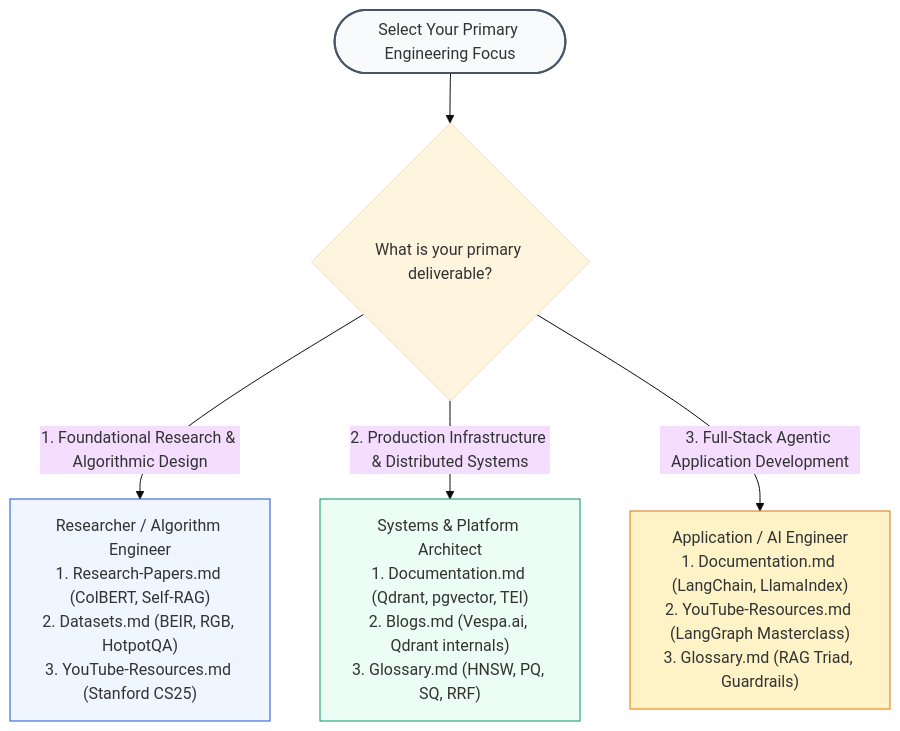
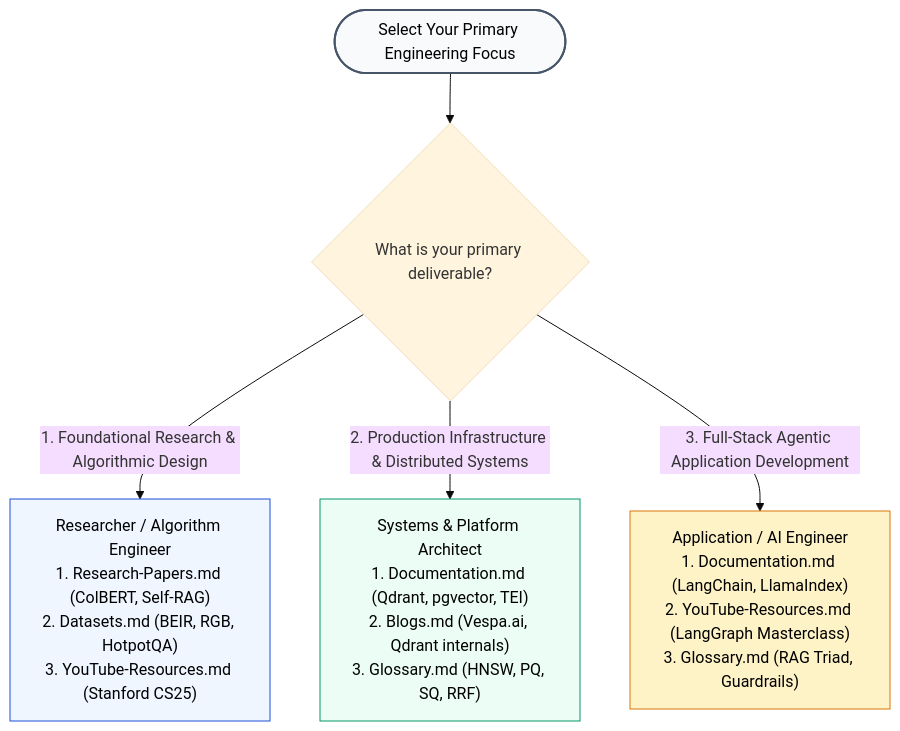
Before and after one commit to swapnil3104/RAG-Engineering: the second of 4 diagrams in 12-Resources/README.md, drawn with Mermaid (base theme). The commit also changed other lines of this file and 108 other files, not shown here.

Commit message:
fix: make chart text visible across all Mermaid diagrams and resolve markdown table formatting issues

````diff
--- a/12-Resources/README.md
+++ b/12-Resources/README.md
@@ -90,15 +90,15 @@
 ```mermaid
 flowchart TD
     Role(["Select Your Primary Engineering Focus"]) --> PathA{"What is your primary deliverable?"}
 
     PathA -->|"1. Foundational Research & Algorithmic Design"| R_Path["Researcher / Algorithm Engineer<br/>1. Research-Papers.md (ColBERT, Self-RAG)<br/>2. Datasets.md (BEIR, RGB, HotpotQA)<br/>3. YouTube-Resources.md (Stanford CS25)"]
 
     PathA -->|"2. Production Infrastructure & Distributed Systems"| S_Path["Systems & Platform Architect<br/>1. Documentation.md (Qdrant, pgvector, TEI)<br/>2. Blogs.md (Vespa.ai, Qdrant internals)<br/>3. Glossary.md (HNSW, PQ, SQ, RRF)"]
 
     PathA -->|"3. Full-Stack Agentic Application Development"| A_Path["Application / AI Engineer<br/>1. Documentation.md (LangChain, LlamaIndex)<br/>2. YouTube-Resources.md (LangGraph Masterclass)<br/>3. Glossary.md (RAG Triad, Guardrails)"]
 
-    style Role fill:#f8fafc,stroke:#475569,stroke-width:2px
-    style R_Path fill:#eff6ff,stroke:#1d4ed8,stroke-width:1px
-    style S_Path fill:#ecfdf5,stroke:#059669,stroke-width:1px
-    style A_Path fill:#fef3c7,stroke:#d97706,stroke-width:1px
+    style Role fill:#f8fafc,stroke:#475569,stroke-width:2px,color:#000000
+    style R_Path fill:#eff6ff,stroke:#1d4ed8,stroke-width:1px,color:#000000
+    style S_Path fill:#ecfdf5,stroke:#059669,stroke-width:1px,color:#000000
+    style A_Path fill:#fef3c7,stroke:#d97706,stroke-width:1px,color:#000000
 ```
````
